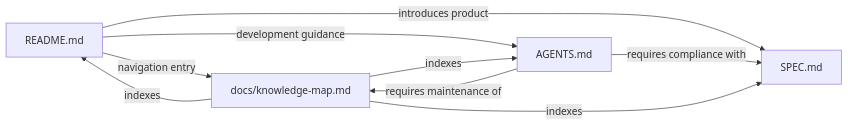
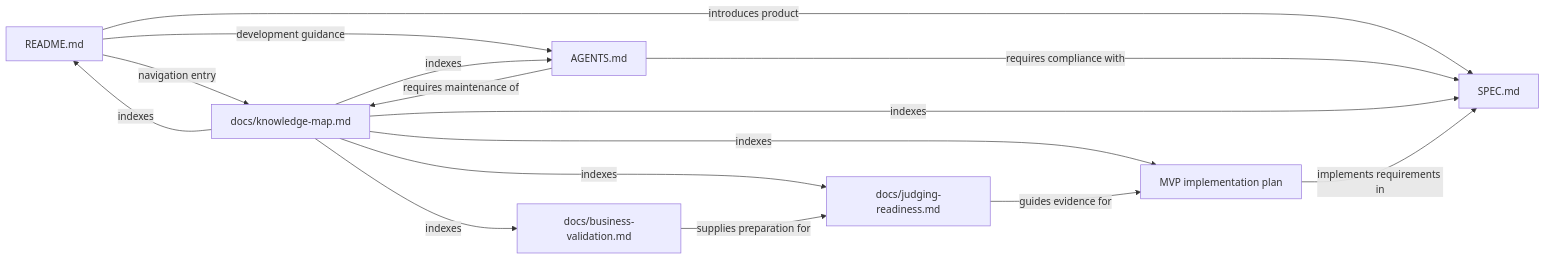
The diagram in docs/knowledge-map.md (DuztyMusketear/Print_Assist), drawn with Mermaid before and after one commit. The commit also changed other lines of this file and 3 other files, not shown here.

Commit message:
Document MVP implementation plan and business validation approach

````diff
--- a/docs/knowledge-map.md
+++ b/docs/knowledge-map.md
@@ -11,11 +11,17 @@
 ```mermaid
 graph LR
     README["README.md"] -->|introduces product| SPEC["SPEC.md"]
     README -->|navigation entry| MAP["docs/knowledge-map.md"]
     README -->|development guidance| RULES["AGENTS.md"]
     RULES -->|requires compliance with| SPEC
     RULES -->|requires maintenance of| MAP
     MAP -->|indexes| README
     MAP -->|indexes| SPEC
     MAP -->|indexes| RULES
+    PLAN["MVP implementation plan"] -->|implements requirements in| SPEC
+    MAP -->|indexes| PLAN
+    JUDGING["docs/judging-readiness.md"] -->|guides evidence for| PLAN
+    MAP -->|indexes| JUDGING
+    BUSINESS["docs/business-validation.md"] -->|supplies preparation for| JUDGING
+    MAP -->|indexes| BUSINESS
 ```
````
